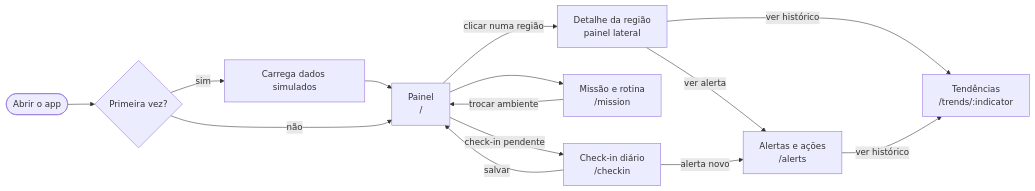
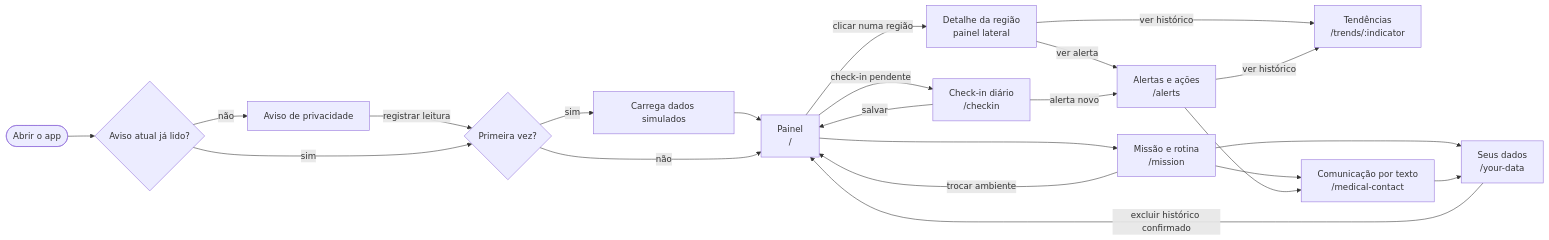
Before and after one commit to davisantbjj/NasaSpaceApp-Sentinela-: the diagram in docs/diagramas/05-navegacao-telas.md, drawn with Mermaid. The commit also changed other lines of this file and 34 other files, not shown here.

Commit message:
feat: add privacy and data management

````diff
--- a/docs/diagramas/05-navegacao-telas.md
+++ b/docs/diagramas/05-navegacao-telas.md
@@ -5,24 +5,34 @@
 ```mermaid
 flowchart LR
-    Open(["Abrir o app"]) --> First{"Primeira vez?"}
+    Open(["Abrir o app"]) --> Notice{"Aviso atual já lido?"}
+    Notice -- não --> Privacy["Aviso de privacidade"]
+    Privacy -- "registrar leitura" --> First
+    Notice -- sim --> First{"Primeira vez?"}
     First -- sim --> SeedStep["Carrega dados simulados"]
     SeedStep --> Dash
     First -- não --> Dash
 
     Dash["Painel<br/>/"]
     Check["Check-in diário<br/>/checkin"]
     Alerts["Alertas e ações<br/>/alerts"]
     Trends["Tendências<br/>/trends/:indicator"]
     Mission["Missão e rotina<br/>/mission"]
+    Data["Seus dados<br/>/your-data"]
+    Message["Comunicação por texto<br/>/medical-contact"]
     Region["Detalhe da região<br/>painel lateral"]
 
     Dash -- "clicar numa região" --> Region
     Region -- "ver alerta" --> Alerts
     Region -- "ver histórico" --> Trends
     Dash -- "check-in pendente" --> Check
     Check -- "salvar" --> Dash
     Check -- "alerta novo" --> Alerts
     Alerts -- "ver histórico" --> Trends
     Dash --> Mission
     Mission -- "trocar ambiente" --> Dash
+    Mission --> Data
+    Mission --> Message
+    Alerts --> Message
+    Message --> Data
+    Data -- "excluir histórico confirmado" --> Dash
 ```
````
